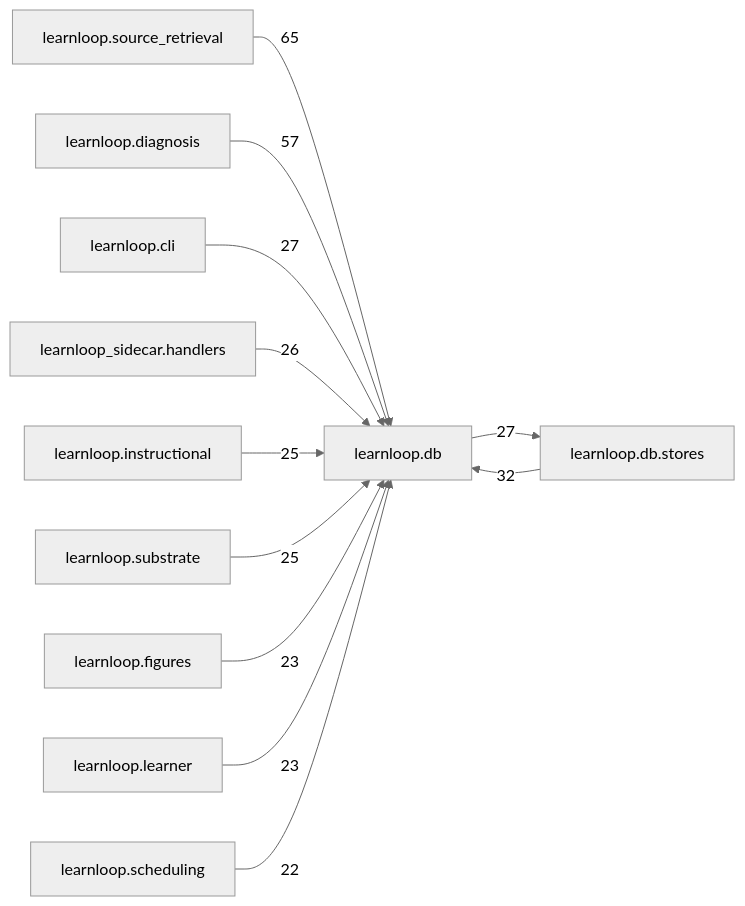
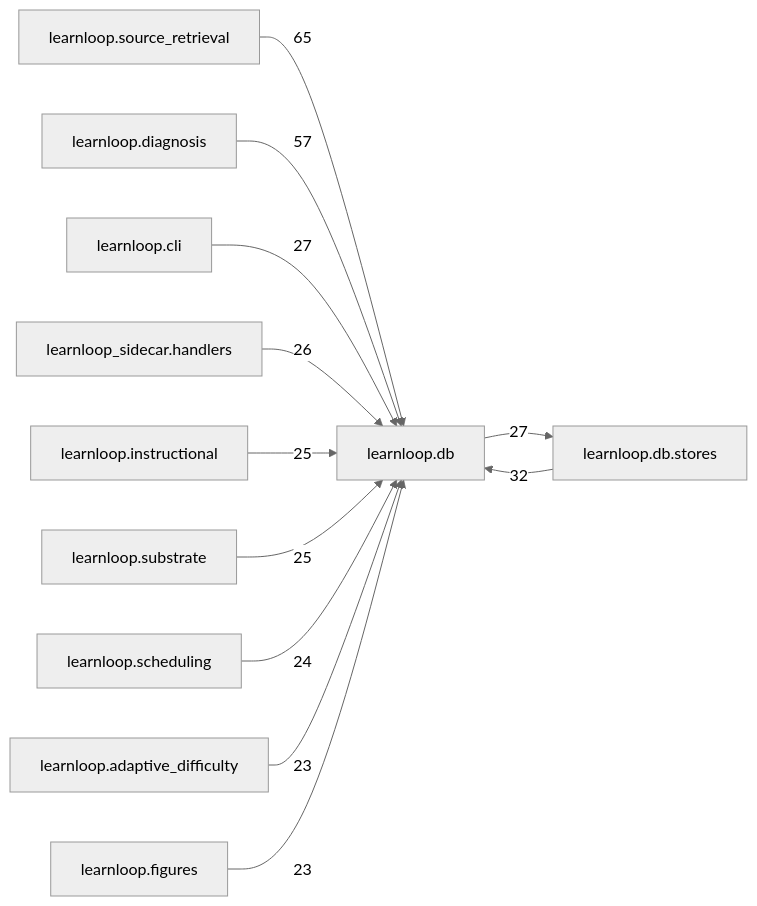
The diagram in docs/learnloop-architecture-vault/Reference/Modules/learnloop/db/_package.md (6up-b/learnanything), drawn with Mermaid (neutral theme) before and after one commit. The commit also changed other lines of this file and 122 other files, not shown here.

````diff
--- a/docs/learnloop-architecture-vault/Reference/Modules/learnloop/db/_package.md
+++ b/docs/learnloop-architecture-vault/Reference/Modules/learnloop/db/_package.md
@@ -147,25 +147,25 @@
 ```mermaid
 flowchart LR
     center["learnloop.db"]
     n_learnloop_source_retrieval["learnloop.source_retrieval"]
     n_learnloop_db_stores["learnloop.db.stores"]
     n_learnloop_diagnosis["learnloop.diagnosis"]
     n_learnloop_cli["learnloop.cli"]
     n_learnloop_sidecar_handlers["learnloop_sidecar.handlers"]
     n_learnloop_instructional["learnloop.instructional"]
     n_learnloop_substrate["learnloop.substrate"]
+    n_learnloop_scheduling["learnloop.scheduling"]
+    n_learnloop_adaptive_difficulty["learnloop.adaptive_difficulty"]
     n_learnloop_figures["learnloop.figures"]
-    n_learnloop_learner["learnloop.learner"]
-    n_learnloop_scheduling["learnloop.scheduling"]
     n_learnloop_source_retrieval -->|65| center
     n_learnloop_db_stores -->|32| center
     center -->|27| n_learnloop_db_stores
     n_learnloop_diagnosis -->|57| center
     n_learnloop_cli -->|27| center
     n_learnloop_sidecar_handlers -->|26| center
     n_learnloop_instructional -->|25| center
     n_learnloop_substrate -->|25| center
+    n_learnloop_scheduling -->|24| center
+    n_learnloop_adaptive_difficulty -->|23| center
     n_learnloop_figures -->|23| center
-    n_learnloop_learner -->|23| center
-    n_learnloop_scheduling -->|22| center
 ```
````
